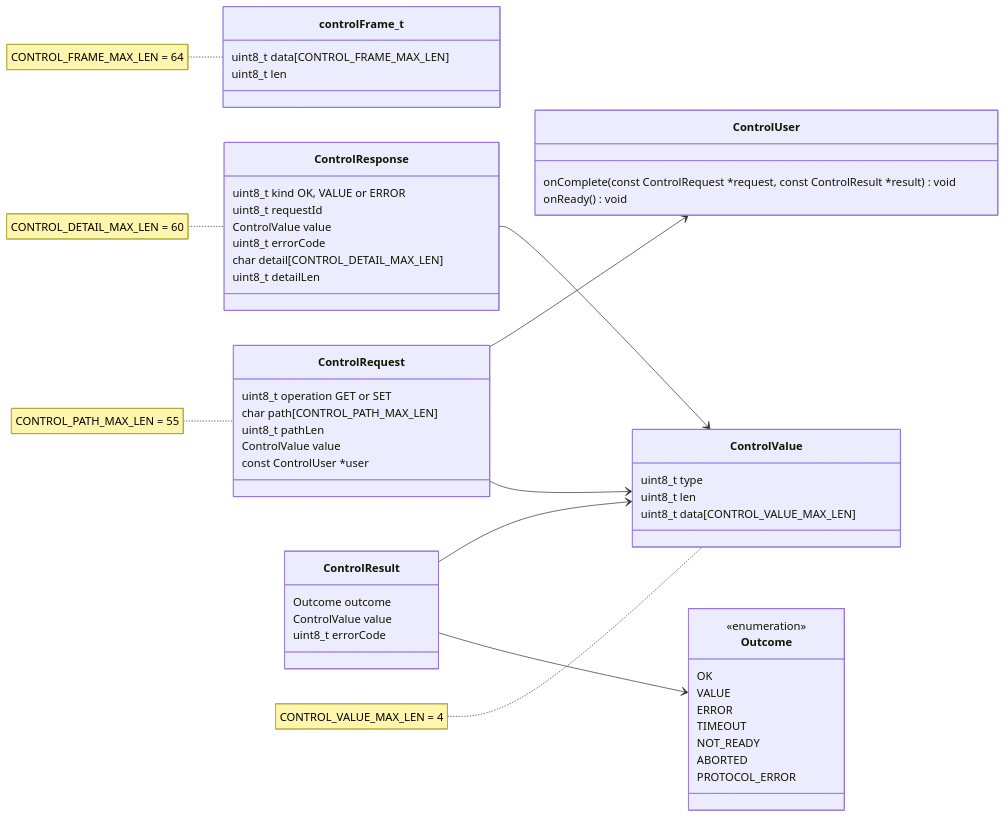
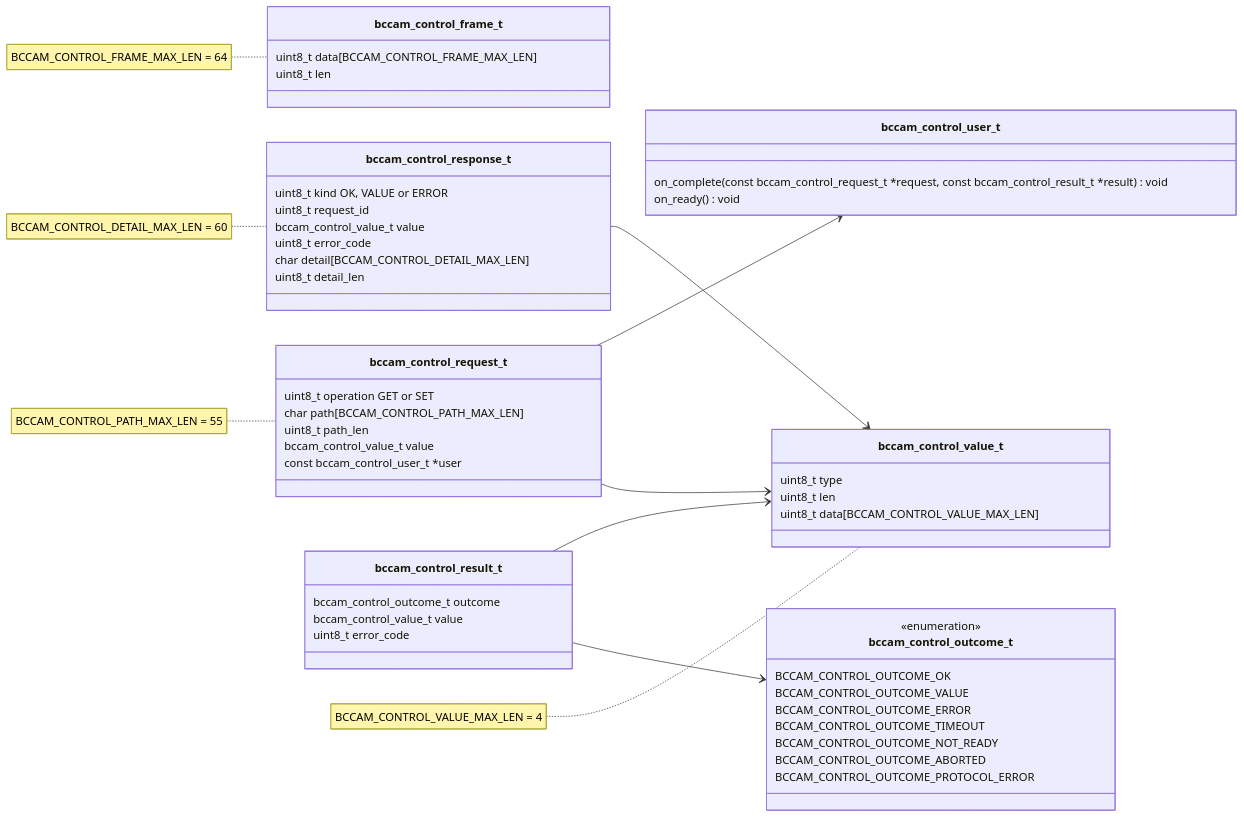
Before and after one commit to bitcraze/crazyflie-firmware: the second of 9 diagrams in docs/functional-areas/camera-deck-control.md, drawn with Mermaid. The commit also changed other lines of this file, not shown here.

````diff
--- a/docs/functional-areas/camera-deck-control.md
+++ b/docs/functional-areas/camera-deck-control.md
@@ -203,64 +208,64 @@
 ```mermaid
 classDiagram
     direction LR
 
-    class controlFrame_t {
-        uint8_t data[CONTROL_FRAME_MAX_LEN]
+    class bccam_control_frame_t {
+        uint8_t data[BCCAM_CONTROL_FRAME_MAX_LEN]
         uint8_t len
     }
-    note for controlFrame_t "CONTROL_FRAME_MAX_LEN = 64"
+    note for bccam_control_frame_t "BCCAM_CONTROL_FRAME_MAX_LEN = 64"
 
-    class ControlResponse {
+    class bccam_control_response_t {
         uint8_t kind OK, VALUE or ERROR
-        uint8_t requestId
-        ControlValue value
-        uint8_t errorCode
-        char detail[CONTROL_DETAIL_MAX_LEN]
-        uint8_t detailLen
+        uint8_t request_id
+        bccam_control_value_t value
+        uint8_t error_code
+        char detail[BCCAM_CONTROL_DETAIL_MAX_LEN]
+        uint8_t detail_len
     }
-    note for ControlResponse "CONTROL_DETAIL_MAX_LEN = 60"
+    note for bccam_control_response_t "BCCAM_CONTROL_DETAIL_MAX_LEN = 60"
 
-    class ControlRequest {
+    class bccam_control_request_t {
         uint8_t operation GET or SET
-        char path[CONTROL_PATH_MAX_LEN]
-        uint8_t pathLen
-        ControlValue value
-        const ControlUser *user
+        char path[BCCAM_CONTROL_PATH_MAX_LEN]
+        uint8_t path_len
+        bccam_control_value_t value
+        const bccam_control_user_t *user
     }
-    note for ControlRequest "CONTROL_PATH_MAX_LEN = 55"
+    note for bccam_control_request_t "BCCAM_CONTROL_PATH_MAX_LEN = 55"
 
-    class ControlUser {
-        onComplete(const ControlRequest *request, const ControlResult *result) void
-        onReady() void
+    class bccam_control_user_t {
+        on_complete(const bccam_control_request_t *request, const bccam_control_result_t *result) void
+        on_ready() void
     }
 
-    class ControlResult {
-        Outcome outcome
-        ControlValue value
-        uint8_t errorCode
+    class bccam_control_result_t {
+        bccam_control_outcome_t outcome
+        bccam_control_value_t value
+        uint8_t error_code
     }
 
-    class Outcome {
+    class bccam_control_outcome_t {
         <<enumeration>>
-        OK
-        VALUE
-        ERROR
-        TIMEOUT
-        NOT_READY
-        ABORTED
-        PROTOCOL_ERROR
+        BCCAM_CONTROL_OUTCOME_OK
+        BCCAM_CONTROL_OUTCOME_VALUE
+        BCCAM_CONTROL_OUTCOME_ERROR
+        BCCAM_CONTROL_OUTCOME_TIMEOUT
+        BCCAM_CONTROL_OUTCOME_NOT_READY
+        BCCAM_CONTROL_OUTCOME_ABORTED
+        BCCAM_CONTROL_OUTCOME_PROTOCOL_ERROR
     }
 
-    class ControlValue {
+    class bccam_control_value_t {
         uint8_t type
         uint8_t len
-        uint8_t data[CONTROL_VALUE_MAX_LEN]
+        uint8_t data[BCCAM_CONTROL_VALUE_MAX_LEN]
     }
-    note for ControlValue "CONTROL_VALUE_MAX_LEN = 4"
+    note for bccam_control_value_t "BCCAM_CONTROL_VALUE_MAX_LEN = 4"
 
-    ControlResult --> Outcome
-    ControlRequest --> ControlValue
-    ControlRequest --> ControlUser
-    ControlResult --> ControlValue
-    ControlResponse --> ControlValue
+    bccam_control_result_t --> bccam_control_outcome_t
+    bccam_control_request_t --> bccam_control_value_t
+    bccam_control_request_t --> bccam_control_user_t
+    bccam_control_result_t --> bccam_control_value_t
+    bccam_control_response_t --> bccam_control_value_t
 ```
````
